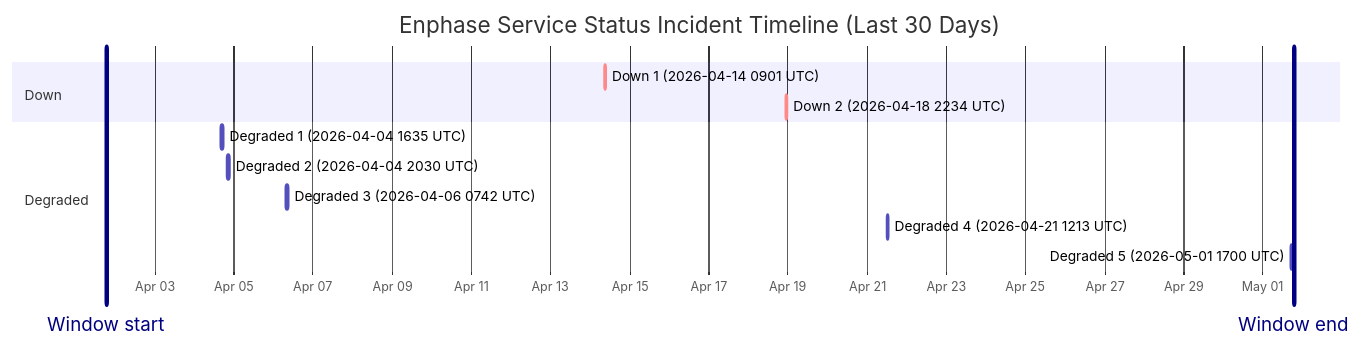
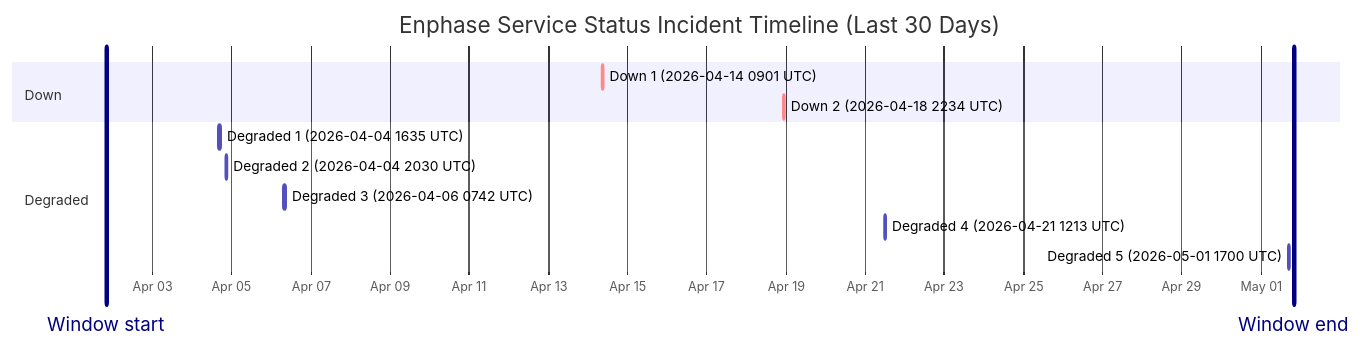
Before and after one commit to barneyonline/ha-enphase-ev-charger: the diagram in wiki/Service-Status-History.md, drawn with Mermaid. The commit also changed other lines of this file and 3 other files, not shown here.

````diff
--- a/wiki/Service-Status-History.md
+++ b/wiki/Service-Status-History.md
@@ -14,17 +14,17 @@
 ```mermaid
 gantt
     title Enphase Service Status Incident Timeline (Last 30 Days)
     dateFormat  YYYY-MM-DDTHH:mm:ss
     axisFormat  %b %d
-    Window start :vert, window-start, 2026-04-01T18:37:47, 0ms
-    Window end :vert, window-end, 2026-05-01T18:37:47, 0ms
+    Window start :vert, window-start, 2026-04-01T20:03:36, 0ms
+    Window end :vert, window-end, 2026-05-01T20:03:36, 0ms
     section Down
     Down 1 (2026-04-14 0901 UTC) :crit, down-1, 2026-04-14T09:01:13, 60m
     Down 2 (2026-04-18 2234 UTC) :crit, down-2, 2026-04-18T22:34:13, 60m
     section Degraded
     Degraded 1 (2026-04-04 1635 UTC) :active, degraded-1, 2026-04-04T16:35:17, 60m
     Degraded 2 (2026-04-04 2030 UTC) :active, degraded-2, 2026-04-04T20:30:40, 60m
     Degraded 3 (2026-04-06 0742 UTC) :active, degraded-3, 2026-04-06T07:42:09, 85m
     Degraded 4 (2026-04-21 1213 UTC) :active, degraded-4, 2026-04-21T12:13:11, 60m
     Degraded 5 (2026-05-01 1700 UTC) :active, degraded-5, 2026-05-01T17:00:22, 60m
 ```
````
